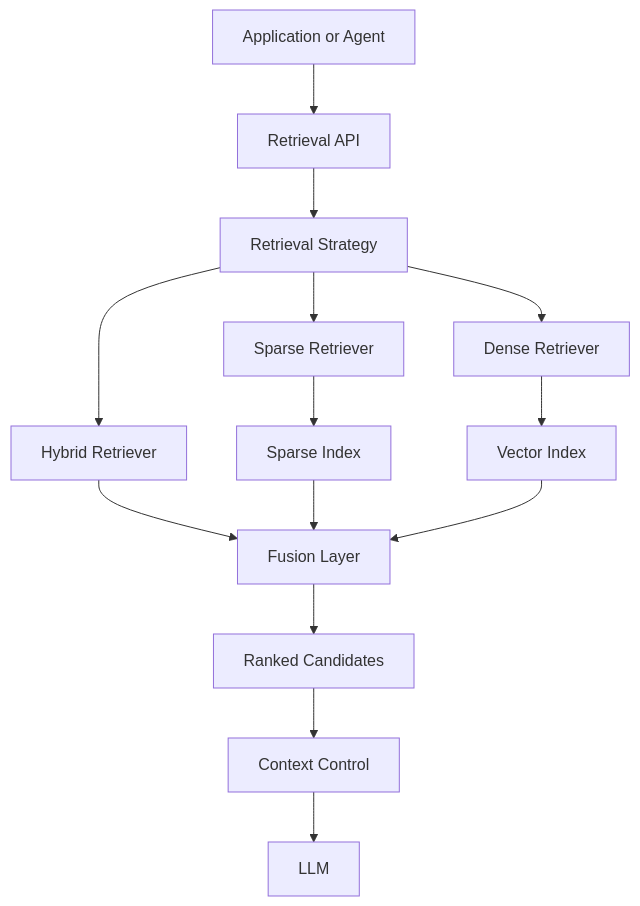
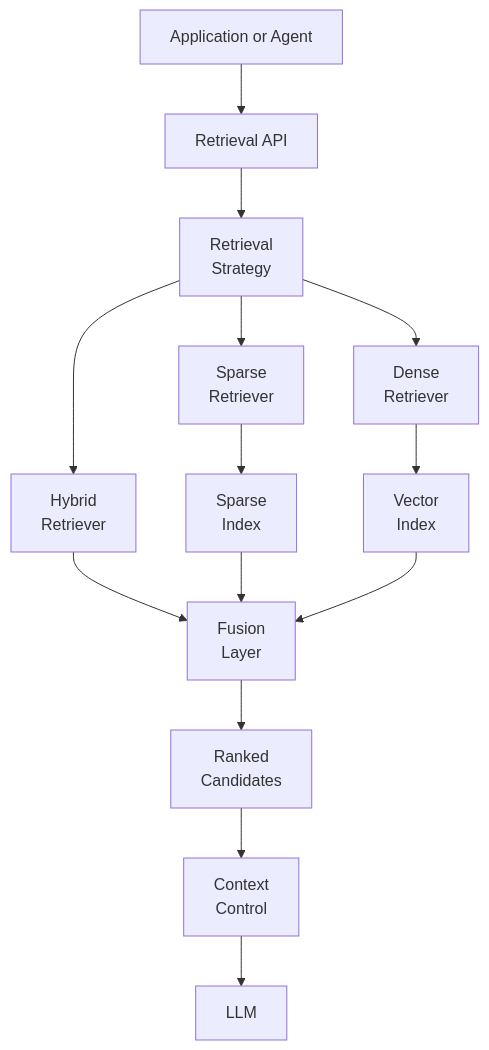
Diagram 12 of 14 in docs/architecture-insights/genai-and-rag/3.4_engineering_hybrid_retrieval_sparse_dense.md (MihirKJha/enterprise-ai-blog), drawn with Mermaid before and after one commit. The commit also changed other lines of this file, not shown here.

First line of the commit message:
Updated 3.5_architecting_multi_stage_retrieval_from_recall_to_precision.md

````diff
--- a/docs/architecture-insights/genai-and-rag/3.4_engineering_hybrid_retrieval_sparse_dense.md
+++ b/docs/architecture-insights/genai-and-rag/3.4_engineering_hybrid_retrieval_sparse_dense.md
@@ -446,16 +446,16 @@
 ```mermaid
 graph TD
     A[Application or Agent] --> API[Retrieval API]
-    API --> RS[Retrieval Strategy]
-    RS --> S[Sparse Retriever]
-    RS --> D[Dense Retriever]
-    RS --> H[Hybrid Retriever]
-    S --> SI[Sparse Index]
-    D --> VI[Vector Index]
-    H --> F[Fusion Layer]
+    API --> RS[Retrieval<br/>Strategy]
+    RS --> S[Sparse<br/>Retriever]
+    RS --> D[Dense<br/>Retriever]
+    RS --> H[Hybrid<br/>Retriever]
+    S --> SI[Sparse<br/>Index]
+    D --> VI[Vector<br/>Index]
+    H --> F[Fusion<br/>Layer]
     SI --> F
     VI --> F
-    F --> RC[Ranked Candidates]
-    RC --> CC[Context Control]
+    F --> RC[Ranked<br/>Candidates]
+    RC --> CC[Context<br/>Control]
     CC --> L[LLM]
 ```
````
